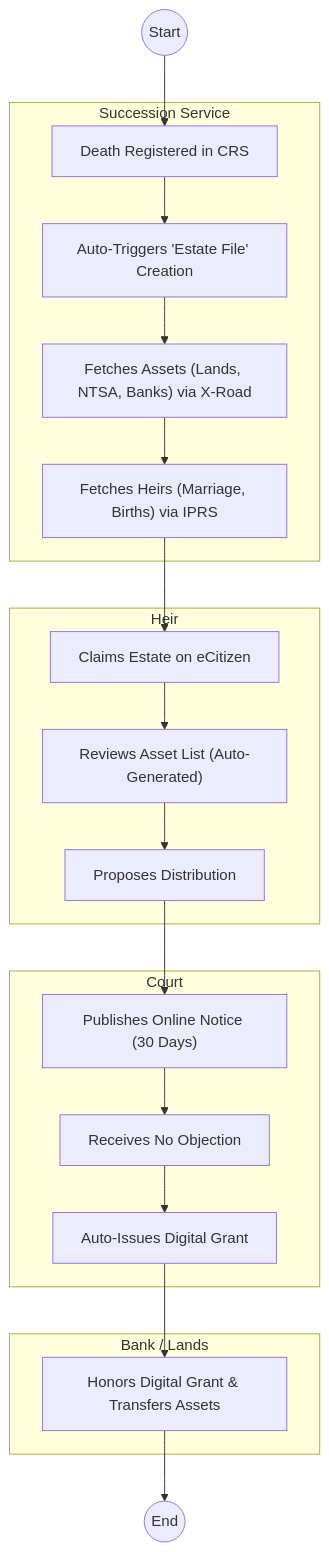
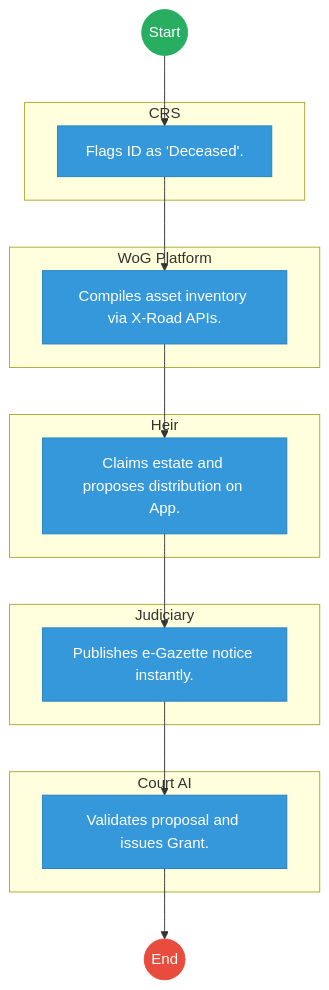
One commit to BITZ-IT-Consulting-LTD/ictapoc changed the second of 2 diagrams in mdas/docs_final/THE_JUDICIARY___Service_Delivery.md. Above: the diagram before and after it, drawn with Mermaid. The commit also changed other lines of this file and 461 other files, not shown here.

````diff
--- a/mdas/docs_final/THE_JUDICIARY___Service_Delivery.md
+++ b/mdas/docs_final/THE_JUDICIARY___Service_Delivery.md
@@ -121,35 +126,38 @@
 ```mermaid
 graph TD
     Start((Start)) --> S1
-    subgraph WoG_Platform [Succession Service]
-        S1["Death Registered in CRS"]
-        S2["Auto-Triggers 'Estate File' Creation"]
-        S3["Fetches Assets (Lands, NTSA, Banks) via X-Road"]
-        S4["Fetches Heirs (Marriage, Births) via IPRS"]
+
+    subgraph CRS [CRS]
+        S1["Flags ID as 'Deceased'."]
     end
-    subgraph Petitioner [Heir]
-        S5["Claims Estate on eCitizen"]
-        S6["Reviews Asset List (Auto-Generated)"]
-        S7["Proposes Distribution"]
+
+    subgraph WoG_Platform [WoG Platform]
+        S2["Compiles asset inventory via X-Road APIs."]
     end
-    subgraph Judiciary_System [Court]
-        S8["Publishes Online Notice (30 Days)"]
-        S9["Receives No Objection"]
-        S10["Auto-Issues Digital Grant"]
+
+    subgraph Heir [Heir]
+        S3["Claims estate and proposes distribution on App."]
     end
-    subgraph Asset_Holders [Bank / Lands]
-        S11["Honors Digital Grant & Transfers Assets"]
+
+    subgraph Judiciary [Judiciary]
+        S4["Publishes e-Gazette notice instantly."]
     end
-    
+
+    subgraph Court_AI [Court AI]
+        S5["Validates proposal and issues Grant."]
+    end
     S1 --> S2
     S2 --> S3
     S3 --> S4
     S4 --> S5
-    S5 --> S6
-    S6 --> S7
-    S7 --> S8
-    S8 --> S9
-    S9 --> S10
-    S10 --> S11
-    S11 --> End((End))
+    S5 --> End((End))
+
+    classDef start fill:#27ae60,stroke:#27ae60,color:#fff;
+    classDef endNode fill:#e74c3c,stroke:#e74c3c,color:#fff;
+    classDef userTask fill:#3498db,stroke:#2980b9,color:#fff;
+    classDef serviceTask fill:#9b59b6,stroke:#8e44ad,color:#fff;
+
+    class Start start;
+    class End endNode;
+    class S1,S2,S3,S4,S5 userTask;
 ```
````
